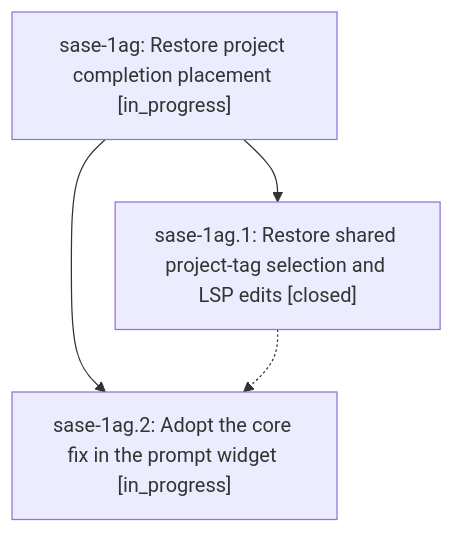
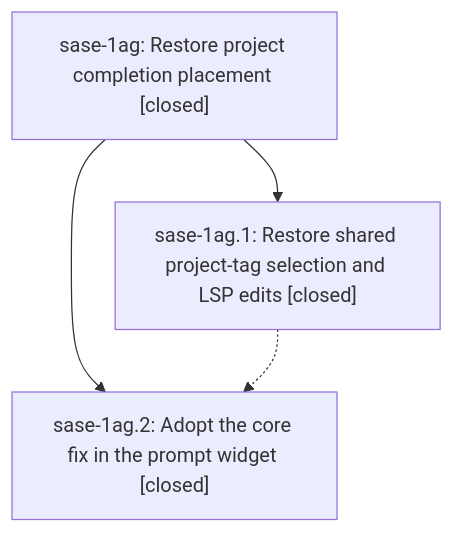
Before and after one commit to sase-org/sase--beads: the diagram in pages/sase-1ag/README.md, drawn with Mermaid. The commit also changed other lines of this file and 2 other files, not shown here.

First line of the commit message:
chore(beads): sync bead state and pages for sase-1ag

````diff
--- a/pages/sase-1ag/README.md
+++ b/pages/sase-1ag/README.md
@@ -23,9 +31,9 @@
 ```mermaid
 flowchart TD
-    n0["sase-1ag: Restore project completion placement [in_progress]"]
+    n0["sase-1ag: Restore project completion placement [closed]"]
     n1["sase-1ag.1: Restore shared project-tag selection and LSP edits [closed]"]
-    n2["sase-1ag.2: Adopt the core fix in the prompt widget [in_progress]"]
+    n2["sase-1ag.2: Adopt the core fix in the prompt widget [closed]"]
     n0 --> n1
     n0 --> n2
     n1 -.-> n2
 ```
````
